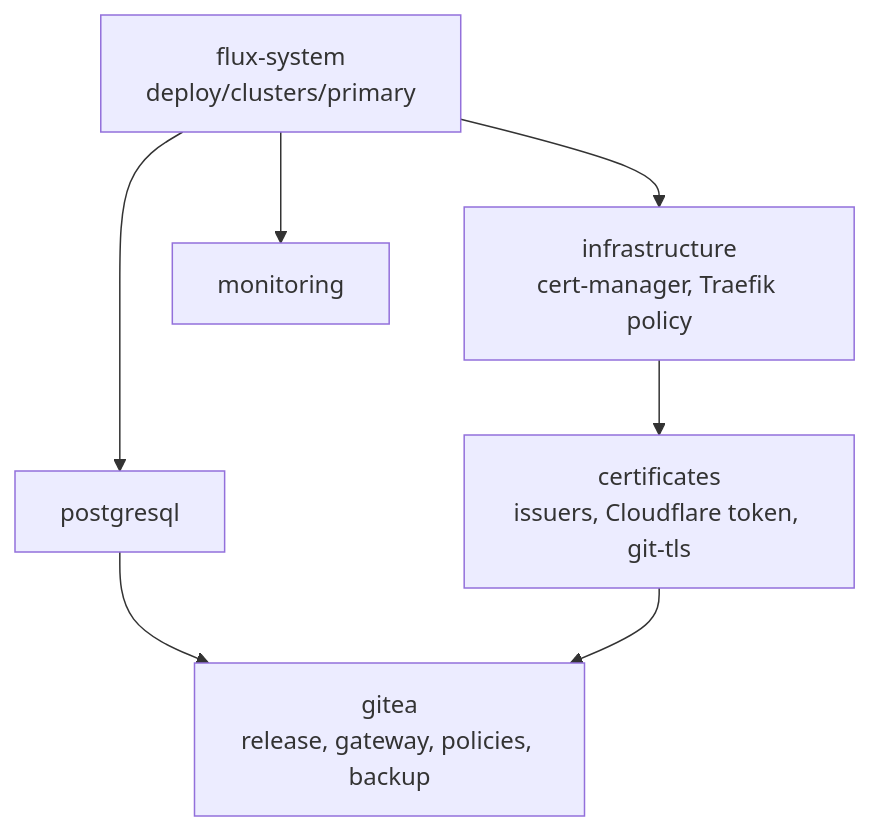
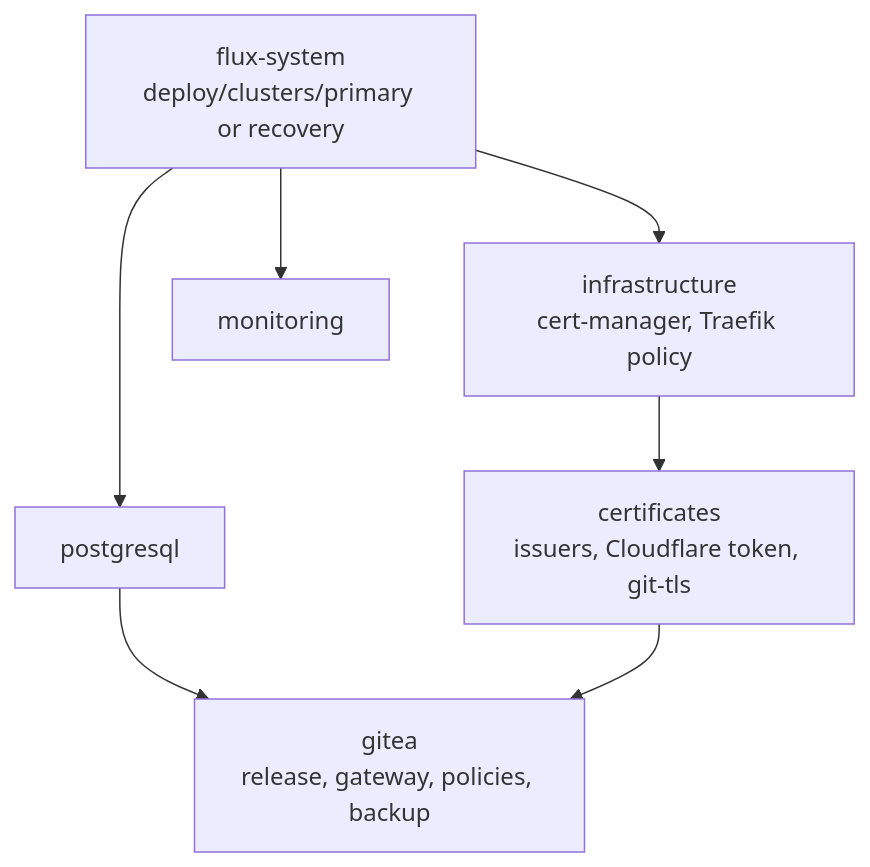
One commit to sindredg/k8s-dr changed the second of 3 diagrams in docs/architecture/04-flux.md. Above: the diagram before and after it, drawn with Mermaid. The commit also changed other lines of this file and 15 other files, not shown here.

````diff
--- a/docs/architecture/04-flux.md
+++ b/docs/architecture/04-flux.md
@@ -38,9 +40,9 @@
 ```mermaid
 flowchart TB
-    root["flux-system<br/>deploy/clusters/primary"] --> infra["infrastructure<br/>cert-manager, Traefik policy"]
+    root["flux-system<br/>deploy/clusters/primary or recovery"] --> infra["infrastructure<br/>cert-manager, Traefik policy"]
     root --> pg["postgresql"]
     root --> mon["monitoring"]
     infra --> certs["certificates<br/>issuers, Cloudflare token, git-tls"]
     pg --> gitea["gitea<br/>release, gateway, policies, backup"]
     certs --> gitea
 ```
````
